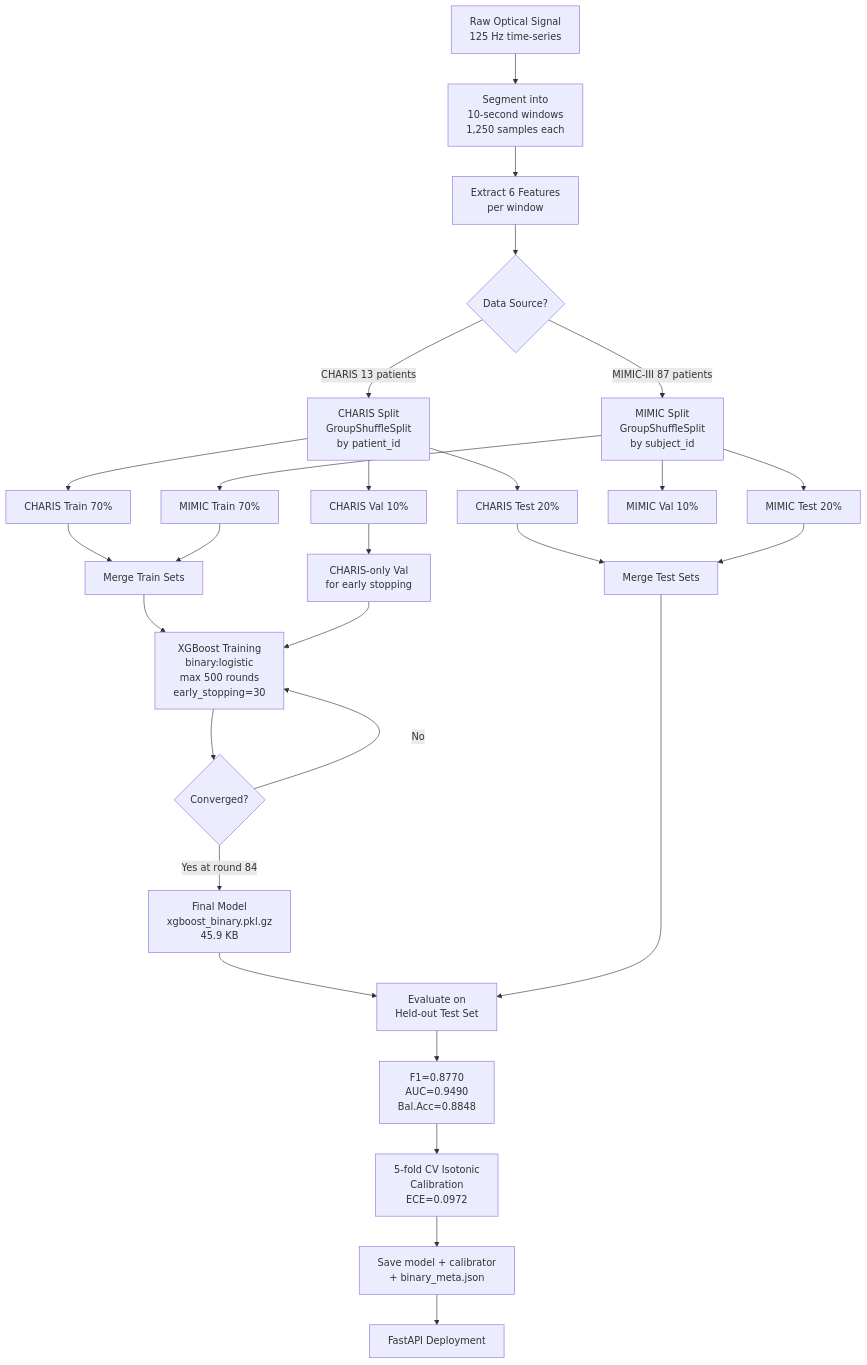
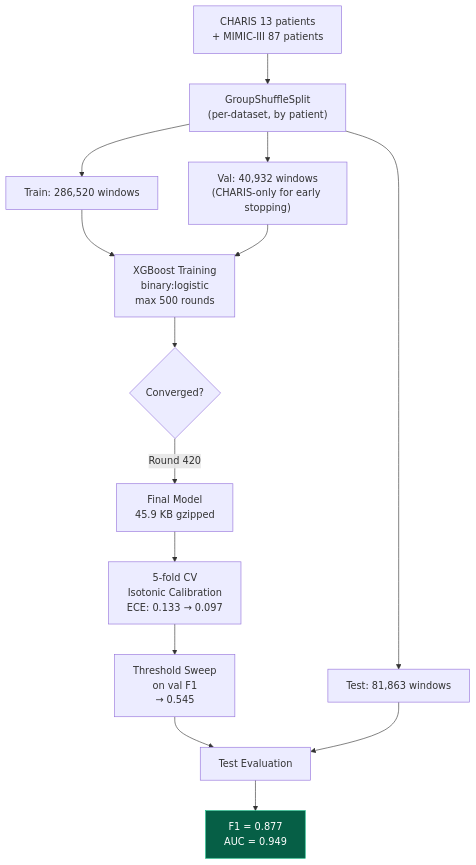
One commit to eshaansingla/Pran changed the fifth of 10 diagrams in README.md. Above: the diagram before and after it, drawn with Mermaid. The commit also changed other lines of this file and 2 other files, not shown here.

````diff
--- a/README.md
+++ b/README.md
@@ -122,30 +351,20 @@
 ```mermaid
 flowchart TD
-    A[Raw Optical Signal\n125 Hz time-series] --> B[Segment into\n10-second windows\n1,250 samples each]
-    B --> C[Extract 6 Features\nper window]
-    C --> D{Data Source?}
-    D -->|CHARIS 13 patients| E[CHARIS Split\nGroupShuffleSplit\nby patient_id]
-    D -->|MIMIC-III 87 patients| F[MIMIC Split\nGroupShuffleSplit\nby subject_id]
-    E --> G[CHARIS Train 70%]
-    E --> H[CHARIS Val 10%]
-    E --> I[CHARIS Test 20%]
-    F --> J[MIMIC Train 70%]
-    F --> K[MIMIC Val 10%]
-    F --> L[MIMIC Test 20%]
-    G --> M[Merge Train Sets]
-    H --> N[CHARIS-only Val\nfor early stopping]
-    J --> M
-    I --> O[Merge Test Sets]
-    L --> O
-    M --> P[XGBoost Training\nbinary:logistic\nmax 500 rounds\nearly_stopping=30]
-    N --> P
-    P --> Q{Converged?}
-    Q -->|No| P
-    Q -->|Yes at round 84| R[Final Model\nxgboost_binary.pkl.gz\n45.9 KB]
-    R --> S[Evaluate on\nHeld-out Test Set]
-    O --> S
-    S --> T[F1=0.8770\nAUC=0.9490\nBal.Acc=0.8848]
-    T --> CAL[5-fold CV Isotonic\nCalibration\nECE=0.0972]
-    CAL --> U[Save model + calibrator\n+ binary_meta.json]
-    U --> V[FastAPI Deployment]
+    A["CHARIS 13 patients<br/>+ MIMIC-III 87 patients"] --> B["GroupShuffleSplit<br/>(per-dataset, by patient)"]
+    B --> C["Train: 286,520 windows"]
+    B --> D["Val: 40,932 windows<br/>(CHARIS-only for early stopping)"]
+    B --> E["Test: 81,863 windows"]
+
+    C --> F["XGBoost Training<br/>binary:logistic<br/>max 500 rounds"]
+    D --> F
+    F --> G{"Converged?"}
+    G -->|"Round 420"| H["Final Model<br/>45.9 KB gzipped"]
+    H --> I["5-fold CV<br/>Isotonic Calibration<br/>ECE: 0.133 → 0.097"]
+    I --> J["Threshold Sweep<br/>on val F1<br/>→ 0.545"]
+    J --> K["Test Evaluation"]
+    E --> K
+
+    K --> L["F1 = 0.877<br/>AUC = 0.949"]
+
+    style L fill:#065f46,stroke:#10b981,color:#fff
 ```
````
